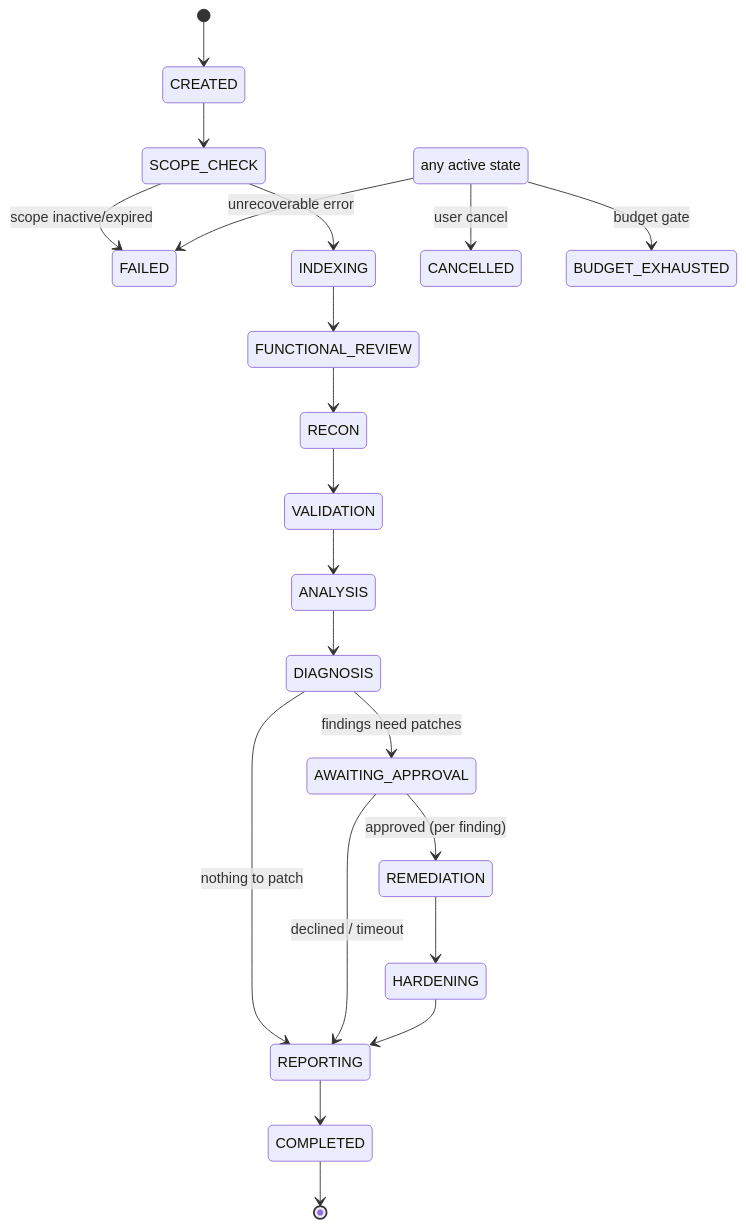
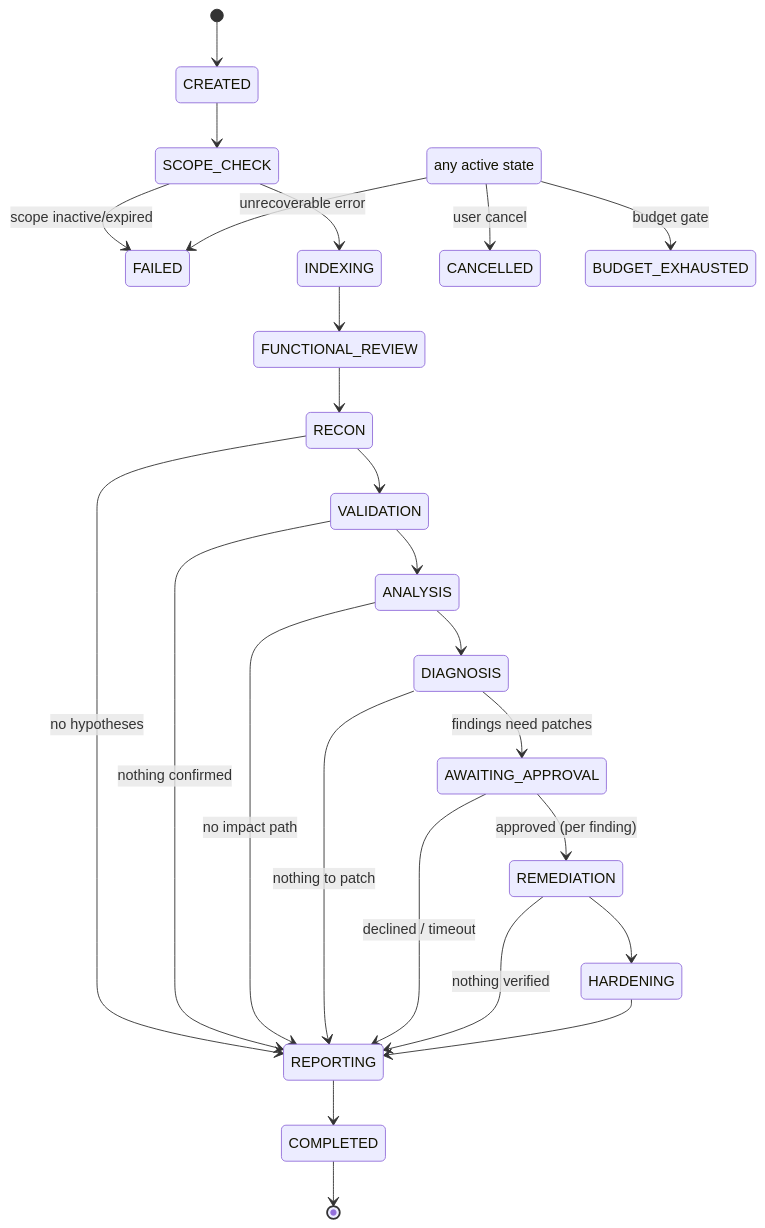
Before and after one commit to adamissac/ari-ai: the first of 2 diagrams in docs/08_AGENT_ORCHESTRATION.md, drawn with Mermaid. The commit also changed 14 other files, not shown here.

````diff
--- a/docs/08_AGENT_ORCHESTRATION.md
+++ b/docs/08_AGENT_ORCHESTRATION.md
@@ -20,24 +20,28 @@
 ```mermaid
 stateDiagram-v2
   [*] --> CREATED
   CREATED --> SCOPE_CHECK
   SCOPE_CHECK --> FAILED: scope inactive/expired
   SCOPE_CHECK --> INDEXING
   INDEXING --> FUNCTIONAL_REVIEW
   FUNCTIONAL_REVIEW --> RECON
   RECON --> VALIDATION
+  RECON --> REPORTING: no hypotheses
   VALIDATION --> ANALYSIS
+  VALIDATION --> REPORTING: nothing confirmed
   ANALYSIS --> DIAGNOSIS
+  ANALYSIS --> REPORTING: no impact path
   DIAGNOSIS --> AWAITING_APPROVAL: findings need patches
   DIAGNOSIS --> REPORTING: nothing to patch
   AWAITING_APPROVAL --> REMEDIATION: approved (per finding)
   AWAITING_APPROVAL --> REPORTING: declined / timeout
   REMEDIATION --> HARDENING
+  REMEDIATION --> REPORTING: nothing verified
   HARDENING --> REPORTING
   REPORTING --> COMPLETED
   COMPLETED --> [*]
   state "any active state" as ANY
   ANY --> CANCELLED: user cancel
   ANY --> FAILED: unrecoverable error
   ANY --> BUDGET_EXHAUSTED: budget gate
 ```
````
